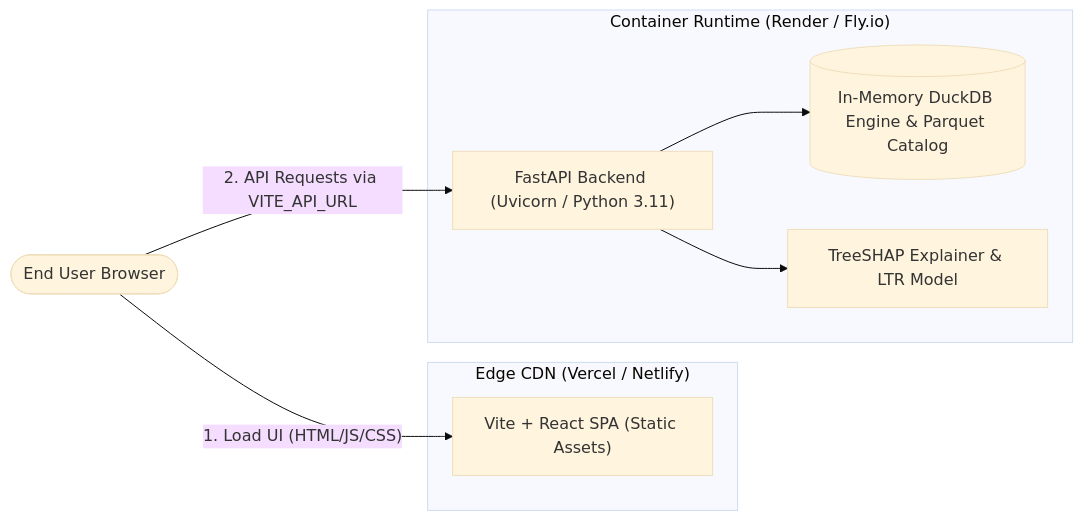
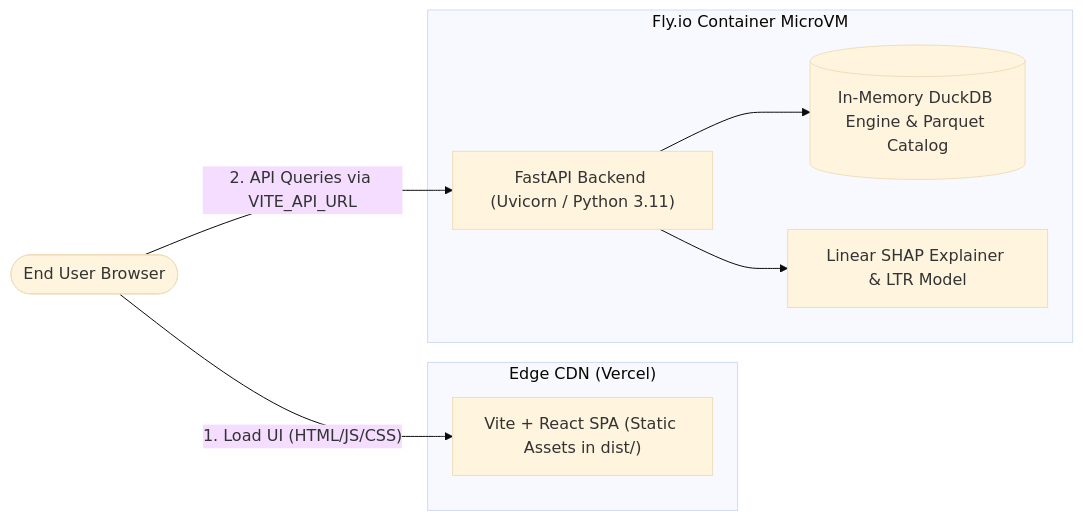
The diagram in DEPLOY.md (Souvik-Mukherjee58/exoplant-project), drawn with Mermaid (base theme) before and after one commit. The commit also changed other lines of this file and 112 other files, not shown here.

````diff
--- a/DEPLOY.md
+++ b/DEPLOY.md
@@ -13,19 +11,19 @@
 ```mermaid
 flowchart LR
     User([End User Browser])
     
-    subgraph Frontend CDN ["Edge CDN (Vercel / Netlify)"]
-        SPA["Vite + React SPA (Static Assets)"]
+    subgraph Frontend CDN ["Edge CDN (Vercel)"]
+        SPA["Vite + React SPA (Static Assets in dist/)"]
     end
     
-    subgraph Backend Cloud ["Container Runtime (Render / Fly.io)"]
+    subgraph Backend Cloud ["Fly.io Container MicroVM"]
         FastAPI["FastAPI Backend (Uvicorn / Python 3.11)"]
         DuckDB[("In-Memory DuckDB Engine & Parquet Catalog")]
-        SHAP["TreeSHAP Explainer & LTR Model"]
+        SHAP["Linear SHAP Explainer & LTR Model"]
     end
     
     User -->|"1. Load UI (HTML/JS/CSS)"| SPA
-    User -->|"2. API Requests via VITE_API_URL"| FastAPI
+    User -->|"2. API Queries via VITE_API_URL"| FastAPI
     FastAPI --> DuckDB
     FastAPI --> SHAP
 ```
````
